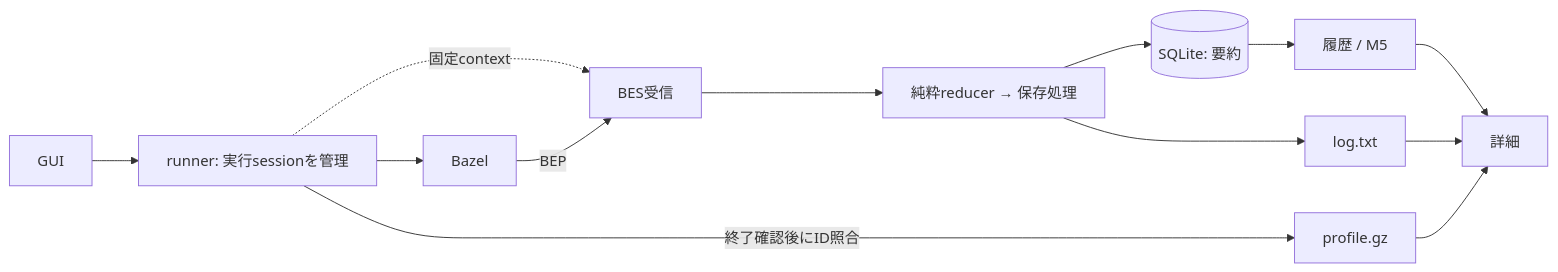
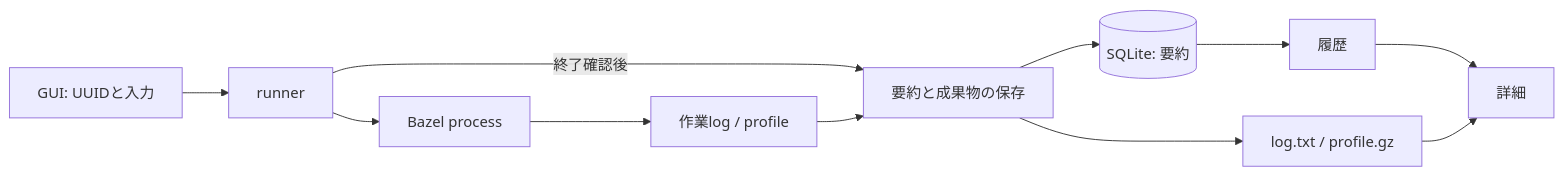
One commit to OhataKenji/zeal changed the diagram in docs/design/m4-run-history.md. Above: the diagram before and after it, drawn with Mermaid. The commit also changed other lines of this file and 24 other files, not shown here.

Commit message:
Defer BES and keep M4 focused on GUI run history

````diff
--- a/docs/design/m4-run-history.md
+++ b/docs/design/m4-run-history.md
@@ -53,15 +50,11 @@
 ```mermaid
 flowchart LR
-    GUI["GUI"] --> RUNNER["runner: 実行sessionを管理"]
-    RUNNER --> BAZEL["Bazel"]
-    RUNNER -.->|"固定context"| BES["BES受信"]
-    BAZEL -->|"BEP"| BES
-    BES --> SAVE["純粋reducer → 保存処理"]
+    GUI["GUI: UUIDと入力"] --> RUNNER["runner"] --> BAZEL["Bazel process"]
+    BAZEL --> TMP["作業log / profile"]
+    RUNNER -->|"終了確認後"| SAVE["要約と成果物の保存"]
+    TMP --> SAVE
     SAVE --> DB[("SQLite: 要約")]
-    SAVE --> LOG["log.txt"]
-    RUNNER -->|"終了確認後にID照合"| PROFILE["profile.gz"]
-    DB --> VIEW["履歴 / M5"]
-    VIEW --> DETAIL["詳細"]
-    LOG --> DETAIL
-    PROFILE --> DETAIL
+    SAVE --> FILES["log.txt / profile.gz"]
+    DB --> VIEW["履歴"] --> DETAIL["詳細"]
+    FILES --> DETAIL
 ```
````
